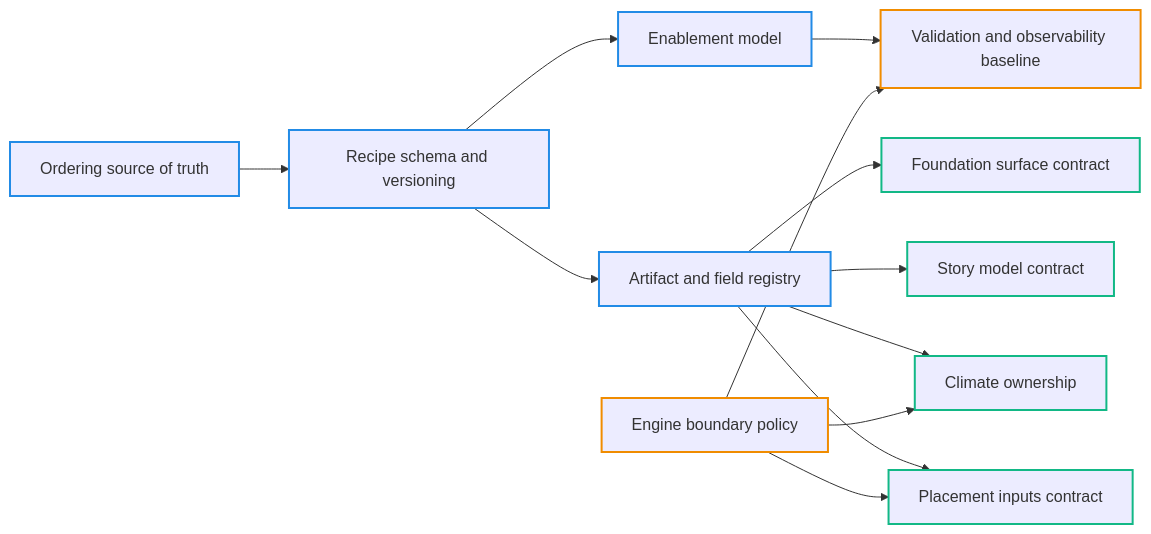
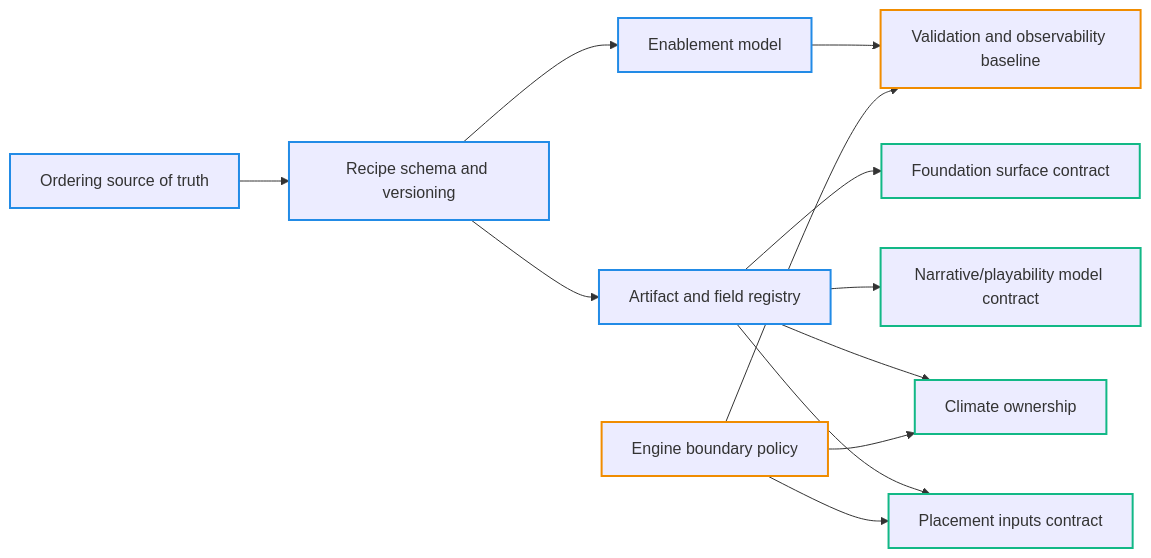
The diagram in docs/projects/engine-refactor-v1/resources/SPIKE-target-architecture-draft.md (mateicanavra/civ7-modding-tools-fork), drawn with Mermaid before and after one commit. The commit also changed other lines of this file and 2 other files, not shown here.

Commit message:
docs(engine-refactor): accept narrative artifact model (3.4)

````diff
--- a/docs/projects/engine-refactor-v1/resources/SPIKE-target-architecture-draft.md
+++ b/docs/projects/engine-refactor-v1/resources/SPIKE-target-architecture-draft.md
@@ -70,51 +70,51 @@
 ```mermaid
 flowchart LR
   %% Category (stroke) colors
   classDef spine stroke:#228be6,stroke-width:2px
   classDef boundary stroke:#f08c00,stroke-width:2px
   classDef domain stroke:#12b886,stroke-width:2px
 
   %% Status (fill) colors
   classDef accepted fill:#d3f9d8,color:#0b5345
   classDef proposed fill:#fff3bf,color:#7f4f00
   classDef open fill:#f1f3f5,color:#343a40
 
   ordering["Ordering source of truth"]:::spine
   recipeSchema["Recipe schema and versioning"]:::spine
   enablement["Enablement model"]:::spine
   registry["Artifact and field registry"]:::spine
 
   engineBoundary["Engine boundary policy"]:::boundary
   observability["Validation and observability baseline"]:::boundary
 
   foundation["Foundation surface contract"]:::domain
-  story["Story model contract"]:::domain
+  story["Narrative/playability model contract"]:::domain
   climate["Climate ownership"]:::domain
   placement["Placement inputs contract"]:::domain
 
   ordering --> recipeSchema
   recipeSchema --> enablement
   recipeSchema --> registry
   registry --> foundation
   registry --> story
   registry --> climate
   registry --> placement
   engineBoundary --> climate
   engineBoundary --> placement
   enablement --> observability
   engineBoundary --> observability
 
   %% Apply current statuses (keep updated as decisions are accepted)
   class ordering spine,accepted
   class recipeSchema spine,accepted
   class enablement spine,accepted
   class registry spine,accepted
 
   class engineBoundary boundary,accepted
   class observability boundary,accepted
 
   class foundation domain,accepted
-  class story domain,open
+  class story domain,accepted
   class climate domain,open
   class placement domain,open
 ```
````
